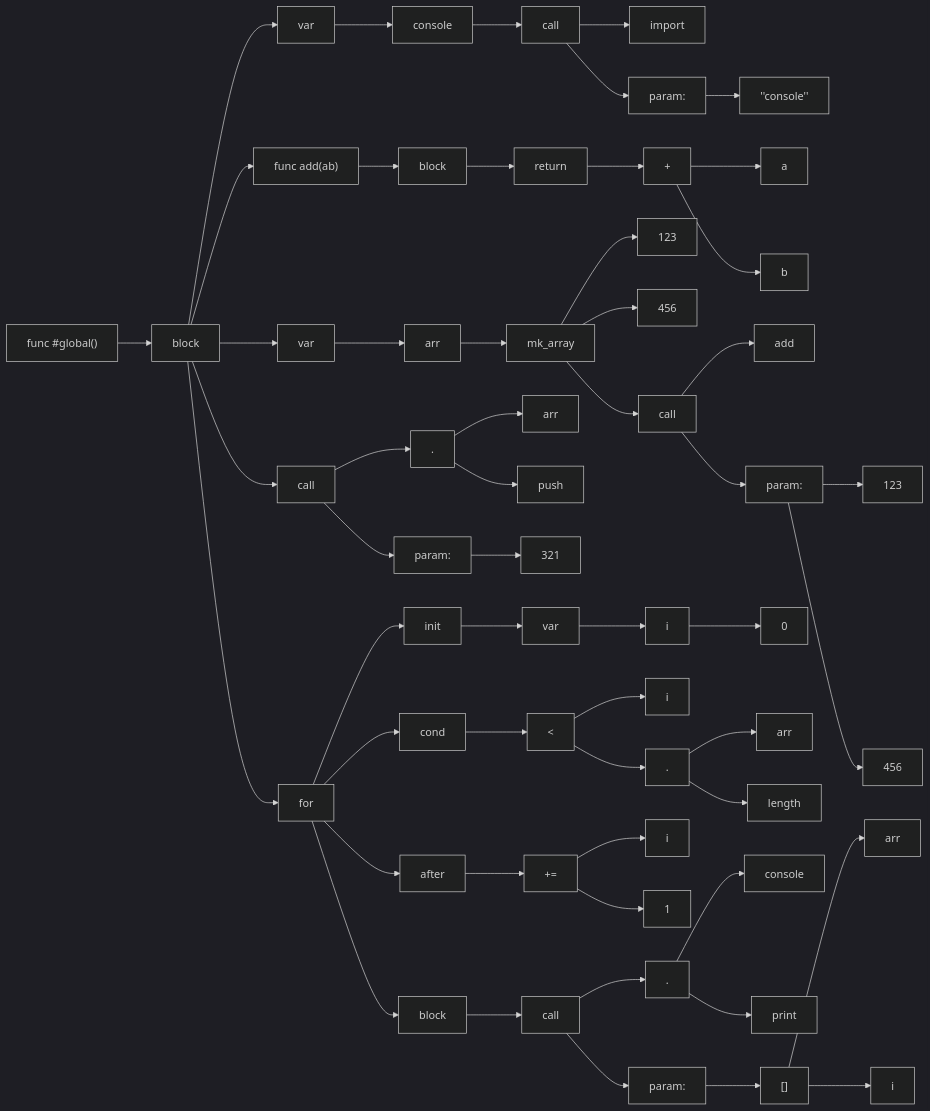
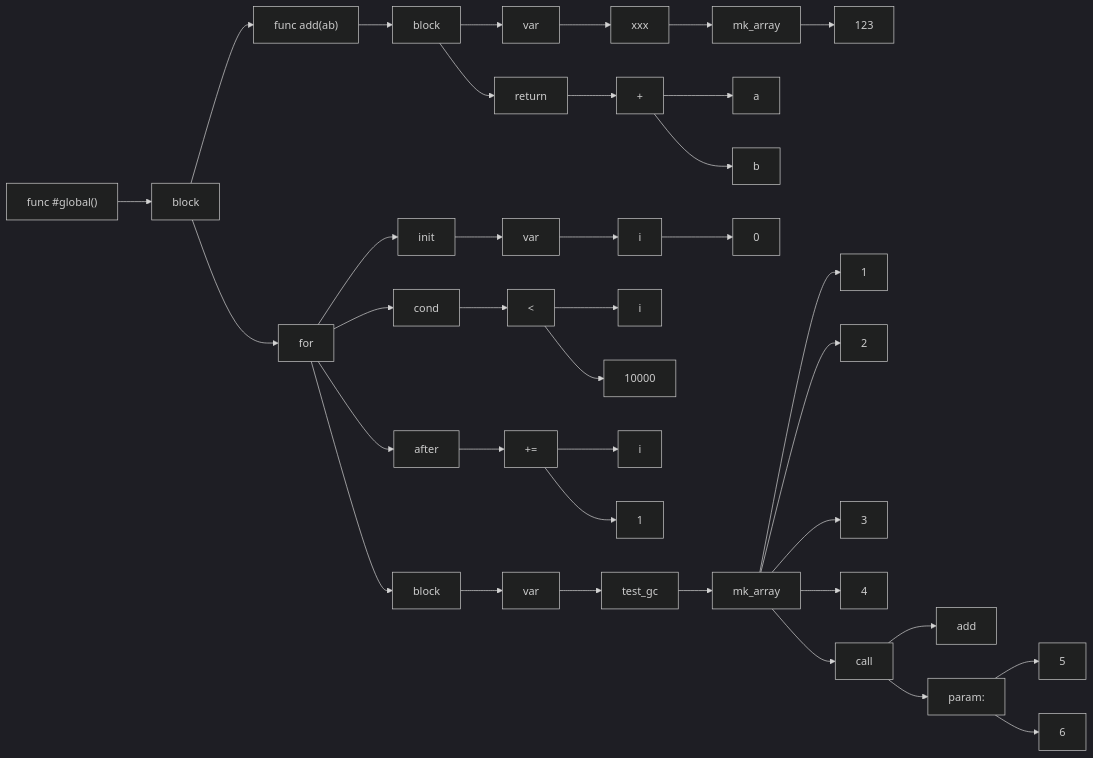
Before and after one commit to rick-200/Rapid: the diagram in graph.md, drawn with Mermaid (dark theme). The commit also changed 17 other files, not shown here.

````diff
--- a/graph.md
+++ b/graph.md
@@ -2,109 +2,77 @@
 graph LR
 1["func #global()"]
 2["block"]
-3["var"]
-4["console"]
+3["func add(ab)"]
+4["block"]
+5["var"]
+6["xxx"]
+5-->6
+7["mk_array"]
+8["123"]
+7-->8
+6-->7
+4-->5
+9["return"]
+A["+"]
+B["a"]
+C["b"]
+A-->B
+A-->C
+9-->A
+4-->9
 3-->4
-5["call"]
-6["import"]
-5-->6
-7["param:"]
-5-->7
-8["''console''"]
-7-->8
-4-->5
 2-->3
-9["func add(ab)"]
-A["block"]
-B["return"]
-C["+"]
-D["a"]
-E["b"]
-C-->D
-C-->E
-B-->C
-A-->B
-9-->A
-2-->9
+D["for"]
+E["init"]
+D-->E
 F["var"]
-10["arr"]
+10["i"]
 F-->10
-11["mk_array"]
-12["123"]
-11-->12
-13["456"]
-11-->13
-14["call"]
-15["add"]
-14-->15
-16["param:"]
-14-->16
-17["123"]
+11["0"]
+10-->11
+E-->F
+12["cond"]
+D-->12
+13["<"]
+14["i"]
+15["10000"]
+13-->14
+13-->15
+12-->13
+16["after"]
+D-->16
+17["+="]
+18["i"]
+19["1"]
+17-->18
+17-->19
 16-->17
-18["456"]
-16-->18
-11-->14
-10-->11
-2-->F
-19["call"]
-1A["."]
-1B["arr"]
-1C["push"]
+1A["block"]
+1B["var"]
+1C["test_gc"]
+1B-->1C
+1D["mk_array"]
+1E["1"]
+1D-->1E
+1F["2"]
+1D-->1F
+20["3"]
+1D-->20
+21["4"]
+1D-->21
+22["call"]
+23["add"]
+22-->23
+24["param:"]
+22-->24
+25["5"]
+24-->25
+26["6"]
+24-->26
+1D-->22
+1C-->1D
 1A-->1B
-1A-->1C
-19-->1A
-1D["param:"]
-19-->1D
-1E["321"]
-1D-->1E
-2-->19
-1F["for"]
-20["init"]
-1F-->20
-21["var"]
-22["i"]
-21-->22
-23["0"]
-22-->23
-20-->21
-24["cond"]
-1F-->24
-25["<"]
-26["i"]
-27["."]
-28["arr"]
-29["length"]
-27-->28
-27-->29
-25-->26
-25-->27
-24-->25
-2A["after"]
-1F-->2A
-2B["+="]
-2C["i"]
-2D["1"]
-2B-->2C
-2B-->2D
-2A-->2B
-2E["block"]
-2F["call"]
-30["."]
-31["console"]
-32["print"]
-30-->31
-30-->32
-2F-->30
-33["param:"]
-2F-->33
-34["[]"]
-35["arr"]
-36["i"]
-34-->35
-34-->36
-33-->34
-2E-->2F
-1F-->2E
-2-->1F
+D-->1A
+2-->D
 1-->2
 ```
````
